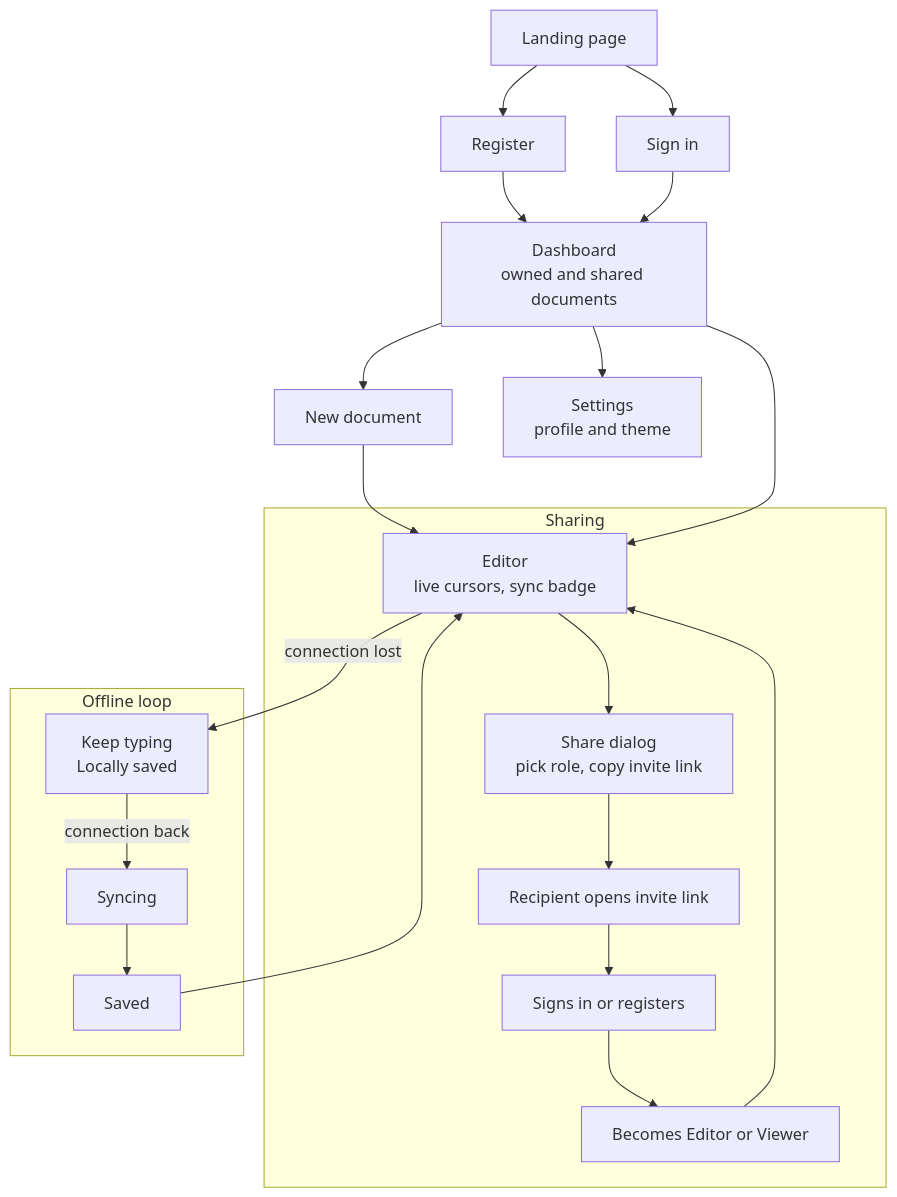
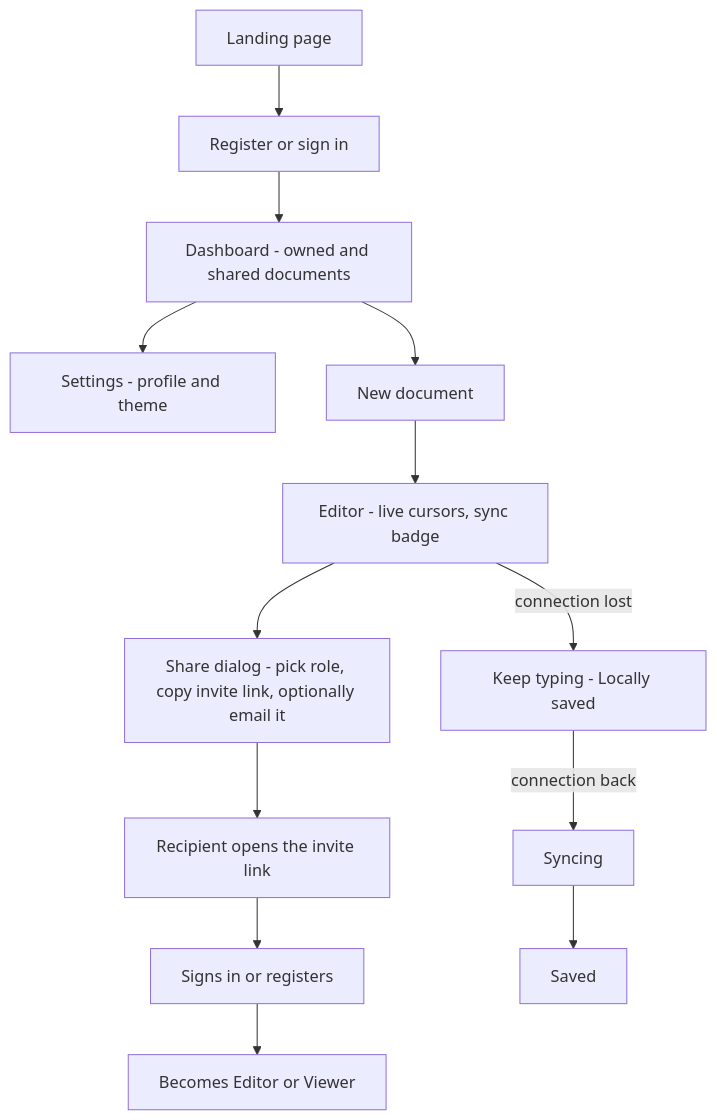
Before and after one commit to syncspace-app/syncspace: the fifth of 7 diagrams in docs/architecture-hld.md, drawn with Mermaid. The commit also changed other lines of this file and 2 other files, not shown here.

````diff
--- a/docs/architecture-hld.md
+++ b/docs/architecture-hld.md
@@ -204,26 +198,15 @@
 ```mermaid
-flowchart TD
-  L["Landing page"] --> REG["Register"]
-  L --> LOG["Sign in"]
-  REG --> DASH
-  LOG --> DASH["Dashboard<br/>owned and shared documents"]
-  DASH --> NEW["New document"]
-  NEW --> ED
-  DASH --> ED["Editor<br/>live cursors, sync badge"]
-  DASH --> SET["Settings<br/>profile and theme"]
-
-  subgraph SHARE["Sharing"]
-    ED --> SH["Share dialog<br/>pick role, copy invite link"]
-    SH --> LINK["Recipient opens invite link"]
-    LINK --> AUTH["Signs in or registers"]
-    AUTH --> JOIN["Becomes Editor or Viewer"]
-    JOIN --> ED
-  end
-
-  subgraph OFFLINE["Offline loop"]
-    ED -->|"connection lost"| OFF["Keep typing<br/>Locally saved"]
-    OFF -->|"connection back"| SYNC["Syncing"]
-    SYNC --> SAVED["Saved"]
-    SAVED --> ED
-  end
+flowchart TB
+  A[Landing page] --> B[Register or sign in]
+  B --> C[Dashboard - owned and shared documents]
+  C --> S[Settings - profile and theme]
+  C --> D[New document]
+  D --> E[Editor - live cursors, sync badge]
+  E --> F[Share dialog - pick role, copy invite link, optionally email it]
+  F --> G[Recipient opens the invite link]
+  G --> H[Signs in or registers]
+  H --> I[Becomes Editor or Viewer]
+  E -->|connection lost| J[Keep typing - Locally saved]
+  J -->|connection back| K[Syncing]
+  K --> L[Saved]
 ```
````
